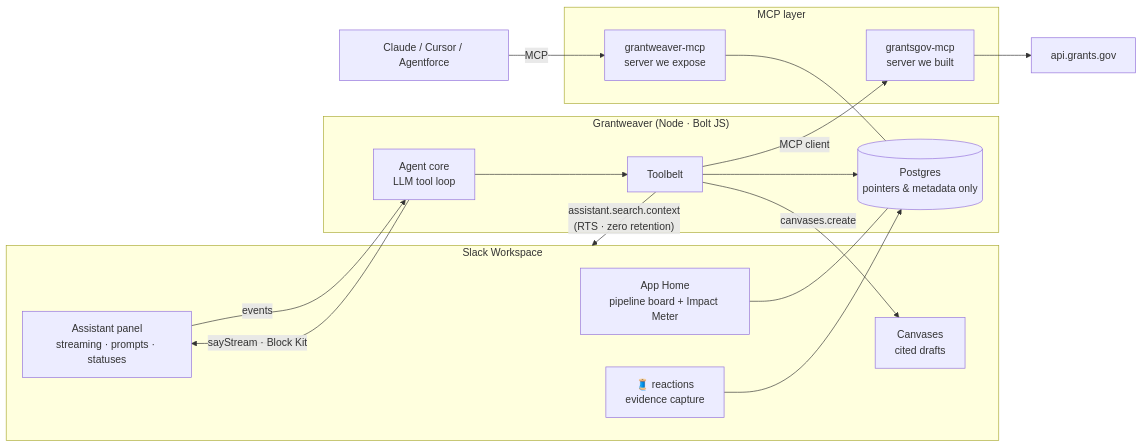
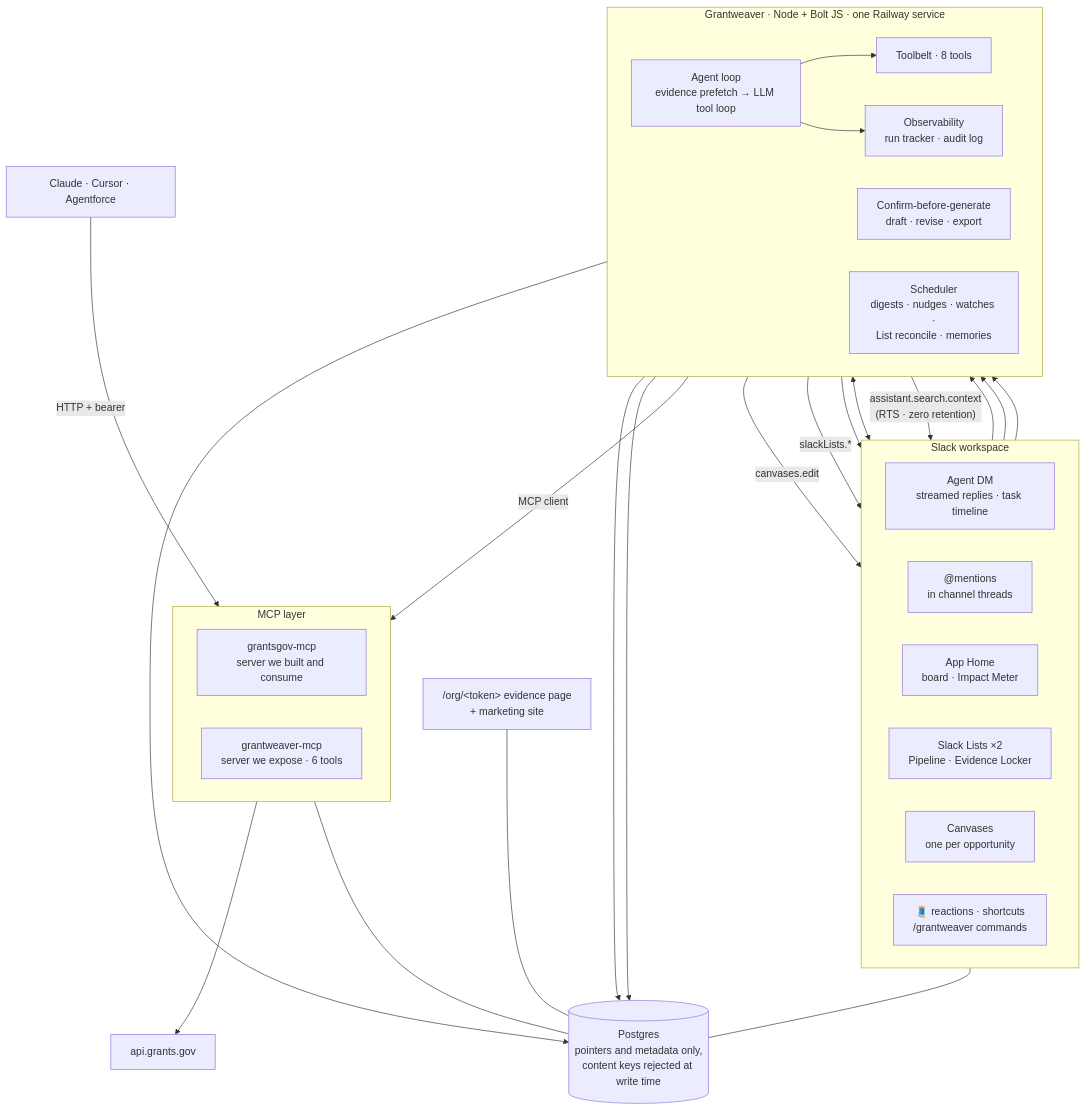
One commit to wafflebytes/Grantweaver changed the first of 2 diagrams in README.md. Above: the diagram before and after it, drawn with Mermaid. The commit also changed other lines of this file, not shown here.

````diff
--- a/README.md
+++ b/README.md
@@ -82,28 +153,50 @@
 ```mermaid
-flowchart LR
-  subgraph SLACK["Slack Workspace"]
-    A[Assistant panel<br/>streaming · prompts · statuses]
-    H[App Home<br/>pipeline board + Impact Meter]
-    C[Canvases<br/>cited drafts]
-    R[🧵 reactions<br/>evidence capture]
+flowchart TB
+  subgraph SLACK["Slack workspace"]
+    direction LR
+    DM["Agent DM<br/>streamed replies · task timeline"]
+    MEN["@mentions<br/>in channel threads"]
+    HOME["App Home<br/>board · Impact Meter"]
+    LISTS["Slack Lists ×2<br/>Pipeline · Evidence Locker"]
+    CANVAS["Canvases<br/>one per opportunity"]
+    RX["🧵 reactions · shortcuts<br/>/grantweaver commands"]
   end
-  subgraph APP["Grantweaver (Node · Bolt JS)"]
-    AG[Agent core<br/>LLM tool loop]
-    TB[Toolbelt]
-    DB[(Postgres<br/>pointers & metadata only)]
+
+  subgraph APP["Grantweaver · Node + Bolt JS · one Railway service"]
+    direction LR
+    LOOP["Agent loop<br/>evidence prefetch → LLM tool loop"]
+    TOOLS["Toolbelt · 8 tools"]
+    INTENTS["Confirm-before-generate<br/>draft · revise · export"]
+    CRON["Scheduler<br/>digests · nudges · watches ·<br/>List reconcile · memories"]
+    OBS["Observability<br/>run tracker · audit log"]
   end
+
+  DB[("Postgres<br/>pointers and metadata only,<br/>content keys rejected at write time")]
+
   subgraph MCP["MCP layer"]
-    GG[grantsgov-mcp<br/>server we built]
-    GW[grantweaver-mcp<br/>server we expose]
+    direction LR
+    GG["grantsgov-mcp<br/>server we built and consume"]
+    GW["grantweaver-mcp<br/>server we expose · 6 tools"]
   end
-  A -- events --> AG
-  AG -- "sayStream · Block Kit" --> A
-  AG --> TB
-  TB -- "assistant.search.context<br/>(RTS · zero retention)" --> SLACK
-  TB -- MCP client --> GG --> GOV[api.grants.gov]
-  TB --> DB
-  TB -- canvases.create --> C
-  H --- DB
-  R --> DB
-  EXT[Claude / Cursor / Agentforce] -- MCP --> GW --- DB
+
+  GOV["api.grants.gov"]
+  WEB["/org/&lt;token&gt; evidence page<br/>+ marketing site"]
+  EXT["Claude · Cursor · Agentforce"]
+
+  DM --> LOOP
+  MEN --> LOOP
+  RX --> INTENTS
+  LOOP --> TOOLS
+  TOOLS -- "assistant.search.context<br/>(RTS · zero retention)" --> SLACK
+  TOOLS -- "MCP client" --> GG --> GOV
+  TOOLS -- "canvases.edit" --> CANVAS
+  TOOLS -- "slackLists.*" --> LISTS
+  TOOLS --> DB
+  INTENTS --> CANVAS
+  CRON <--> LISTS
+  CRON --> DB
+  LOOP --> OBS --> DB
+  HOME --- DB
+  WEB --- DB
+  EXT -- "HTTP + bearer" --> GW --- DB
 ```
````
